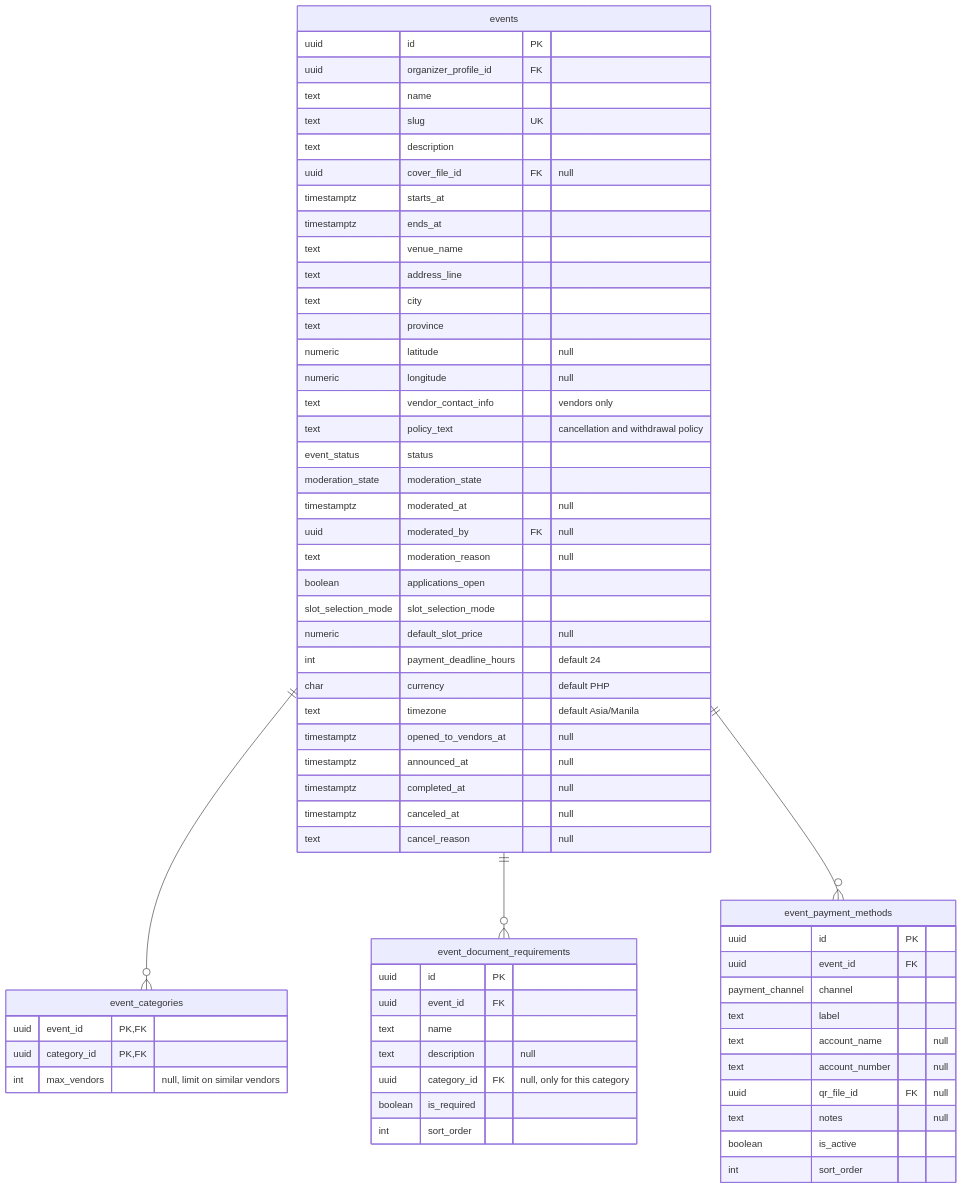
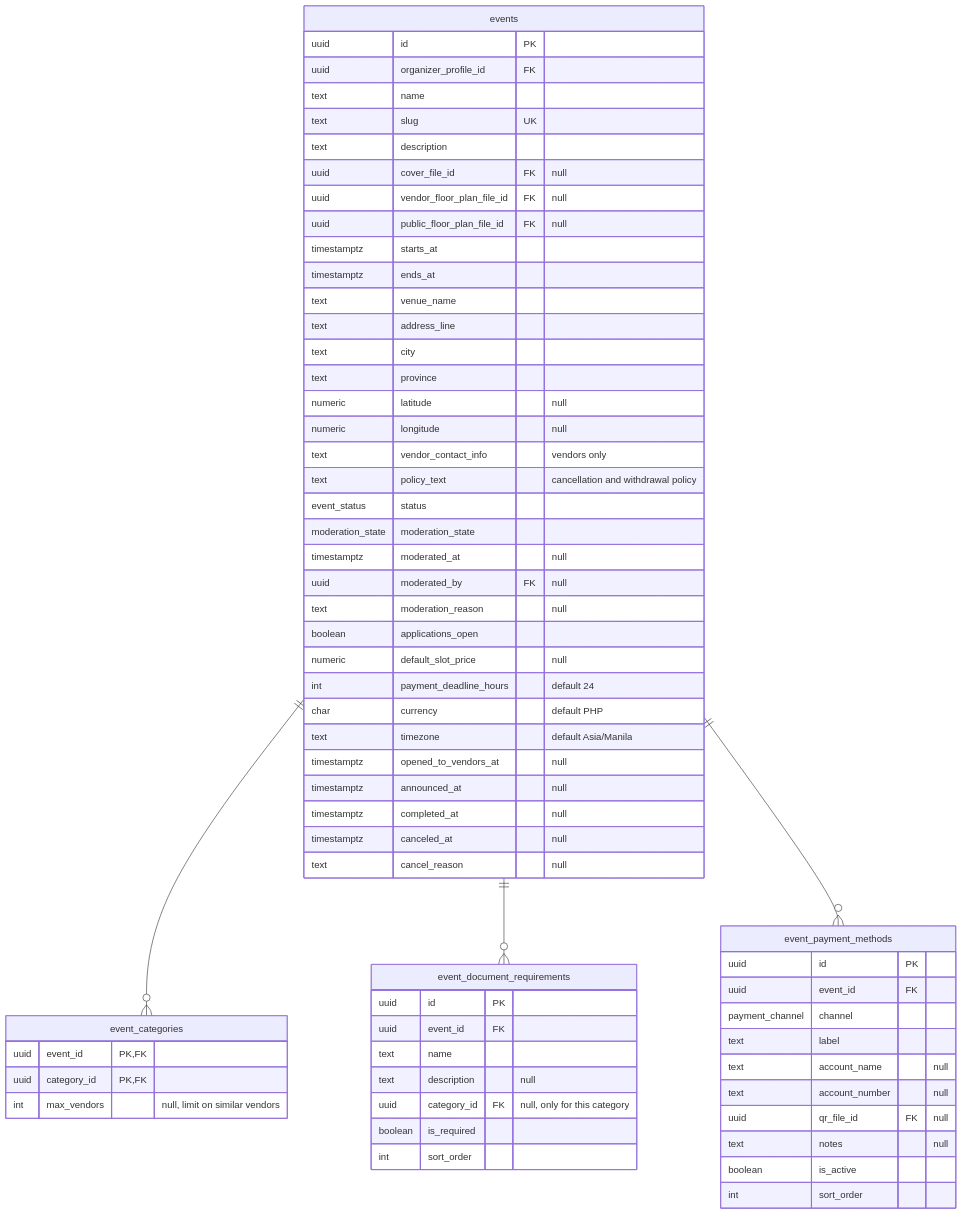
One commit to Aycees/Creavent changed the fourth of 6 diagrams in docs/data-model.md. Above: the diagram before and after it, drawn with Mermaid. The commit also changed other lines of this file and 9 other files, not shown here.

````diff
--- a/docs/data-model.md
+++ b/docs/data-model.md
@@ -405,66 +334,67 @@
 ```mermaid
 erDiagram
     events {
         uuid id PK
         uuid organizer_profile_id FK
         text name
         text slug UK
         text description
         uuid cover_file_id FK "null"
+        uuid vendor_floor_plan_file_id FK "null"
+        uuid public_floor_plan_file_id FK "null"
         timestamptz starts_at
         timestamptz ends_at
         text venue_name
         text address_line
         text city
         text province
         numeric latitude "null"
         numeric longitude "null"
         text vendor_contact_info "vendors only"
         text policy_text "cancellation and withdrawal policy"
         event_status status
         moderation_state moderation_state
         timestamptz moderated_at "null"
         uuid moderated_by FK "null"
         text moderation_reason "null"
         boolean applications_open
-        slot_selection_mode slot_selection_mode
         numeric default_slot_price "null"
         int payment_deadline_hours "default 24"
         char currency "default PHP"
         text timezone "default Asia/Manila"
         timestamptz opened_to_vendors_at "null"
         timestamptz announced_at "null"
         timestamptz completed_at "null"
         timestamptz canceled_at "null"
         text cancel_reason "null"
     }
     event_categories {
         uuid event_id PK,FK
         uuid category_id PK,FK
         int max_vendors "null, limit on similar vendors"
     }
     event_document_requirements {
         uuid id PK
         uuid event_id FK
         text name
         text description "null"
         uuid category_id FK "null, only for this category"
         boolean is_required
         int sort_order
     }
     event_payment_methods {
         uuid id PK
         uuid event_id FK
         payment_channel channel
         text label
         text account_name "null"
         text account_number "null"
         uuid qr_file_id FK "null"
         text notes "null"
         boolean is_active
         int sort_order
     }
     events ||--o{ event_categories : ""
     events ||--o{ event_document_requirements : ""
     events ||--o{ event_payment_methods : ""
 ```
````
